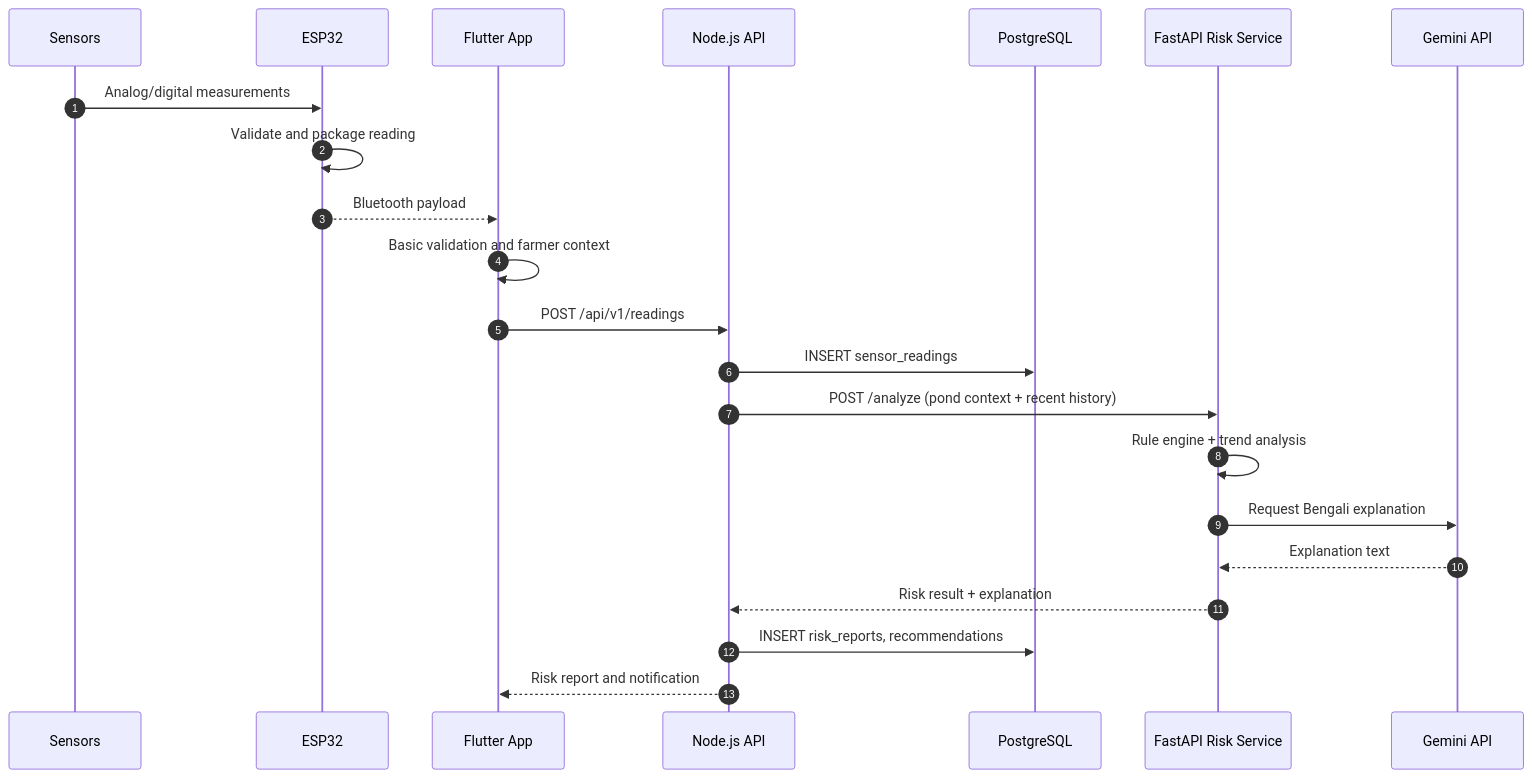
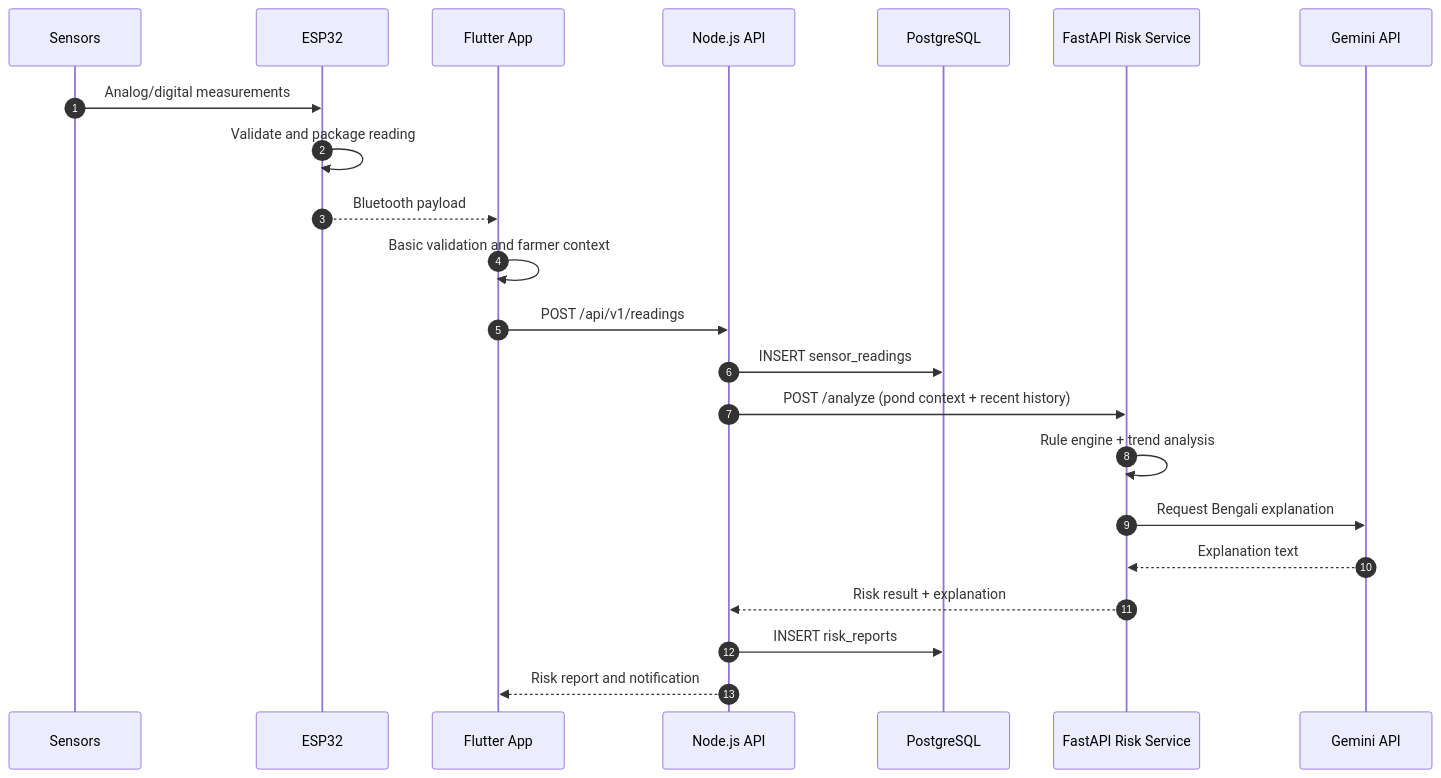
Before and after one commit to Grb-47/ShrimpGuard-AI: the second of 3 diagrams in docs/architecture/SYSTEM_ARCHITECTURE.md, drawn with Mermaid. The commit also changed other lines of this file and 9 other files, not shown here.

````diff
--- a/docs/architecture/SYSTEM_ARCHITECTURE.md
+++ b/docs/architecture/SYSTEM_ARCHITECTURE.md
@@ -73,25 +73,25 @@
 ```mermaid
 sequenceDiagram
     autonumber
     participant S as Sensors
     participant E as ESP32
     participant F as Flutter App
     participant N as Node.js API
     participant P as PostgreSQL
     participant R as FastAPI Risk Service
     participant G as Gemini API
 
     S->>E: Analog/digital measurements
     E->>E: Validate and package reading
     E-->>F: Bluetooth payload
     F->>F: Basic validation and farmer context
     F->>N: POST /api/v1/readings
     N->>P: INSERT sensor_readings
     N->>R: POST /analyze (pond context + recent history)
     R->>R: Rule engine + trend analysis
     R->>G: Request Bengali explanation
     G-->>R: Explanation text
     R-->>N: Risk result + explanation
-    N->>P: INSERT risk_reports, recommendations
+    N->>P: INSERT risk_reports
     N-->>F: Risk report and notification
 ```
````
